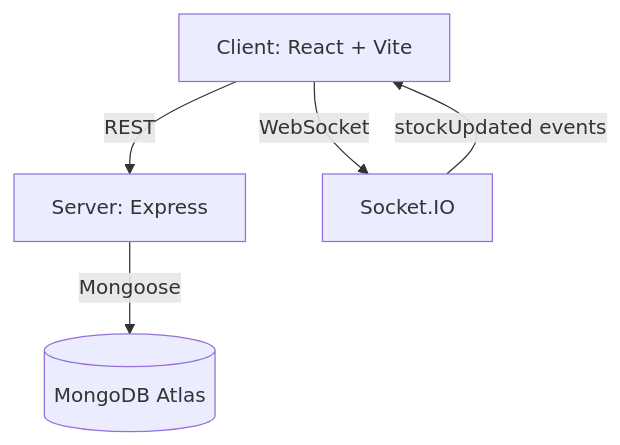
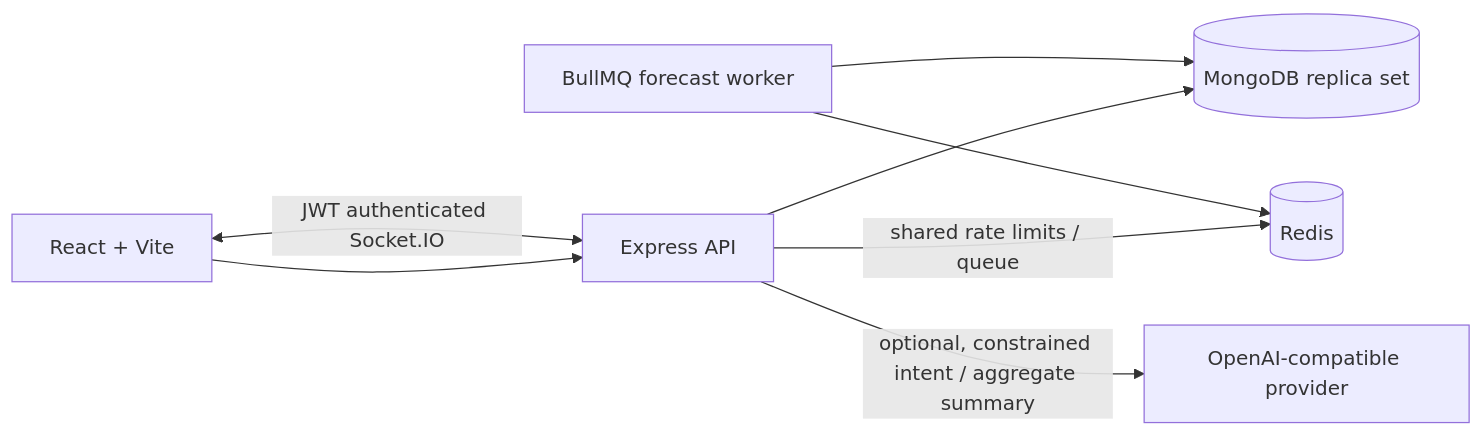
Before and after one commit to SrujanRaj-cse/Smart-Grocery-Delivery-Platform-: the diagram in README.md, drawn with Mermaid. The commit also changed other lines of this file and 74 other files, not shown here.

````diff
--- a/README.md
+++ b/README.md
@@ -22,7 +70,10 @@
 ```mermaid
-flowchart TB
-  C[Client: React + Vite] -->|REST| S[Server: Express]
-  C -->|WebSocket| WS[Socket.IO]
-  S -->|Mongoose| DB[(MongoDB Atlas)]
-  WS -->|stockUpdated events| C
+flowchart LR
+  Browser[React + Vite] --> API[Express API]
+  Browser <-->|JWT authenticated Socket.IO| API
+  API --> Mongo[(MongoDB replica set)]
+  API -->|shared rate limits / queue| Redis[(Redis)]
+  Worker[BullMQ forecast worker] --> Redis
+  Worker --> Mongo
+  API -->|optional, constrained intent / aggregate summary| LLM[OpenAI-compatible provider]
 ```
````
